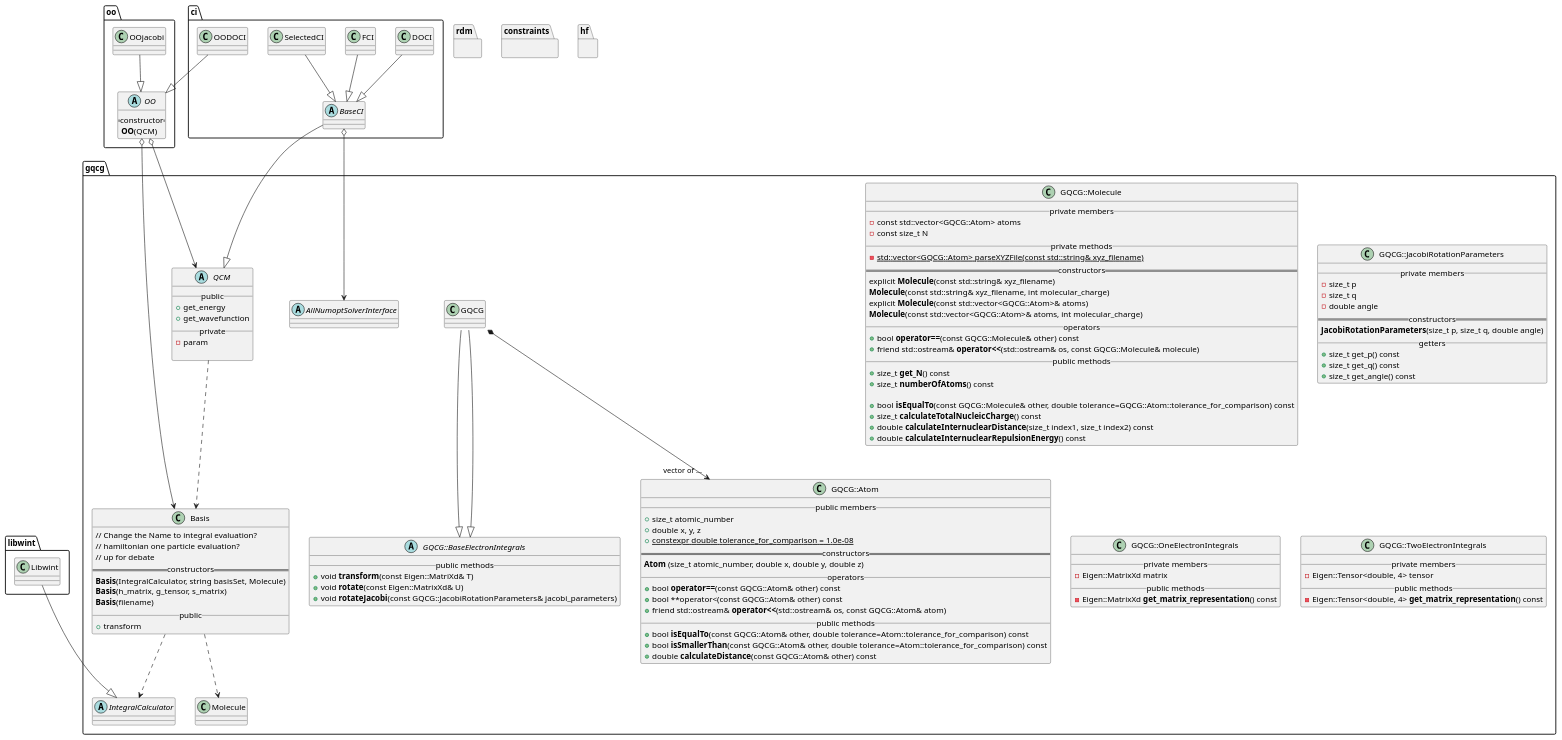
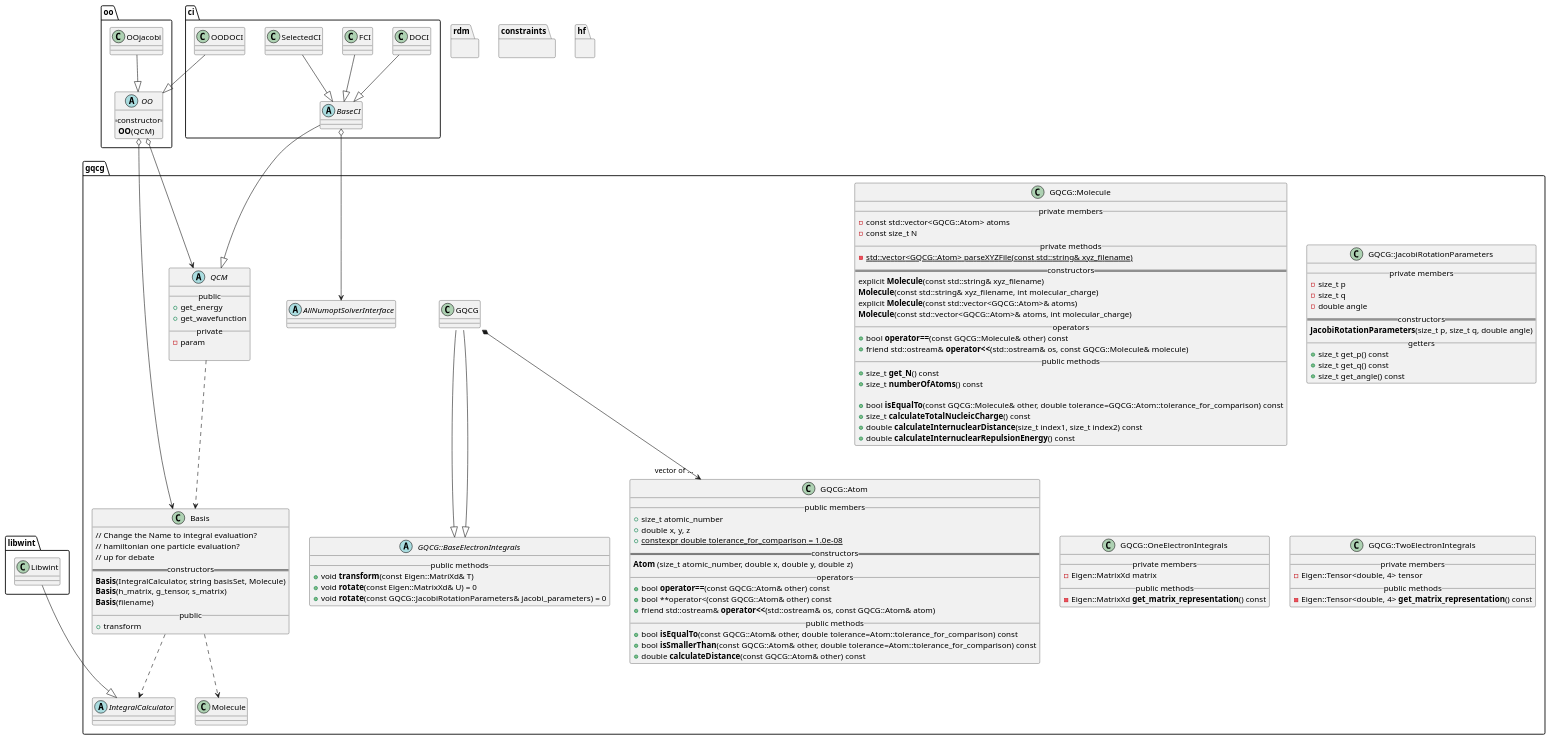
One commit to GQCG/GQCP changed the diagram in docs/gqcg.puml. Above: the diagram before and after it, drawn with PlantUML. The commit also changed 2 other files, not shown here.

```diff
--- a/docs/gqcg.puml
+++ b/docs/gqcg.puml
@@ -1,163 +1,163 @@
 @startuml
 
 namespace gqcg {
 
     class GQCG::Atom {
         __ public members __
             + size_t atomic_number
             + double x, y, z
             + {static} constexpr double tolerance_for_comparison = 1.0e-08
         == constructors ==
             **Atom** (size_t atomic_number, double x, double y, double z)
         __ operators __
             + bool **operator==**(const GQCG::Atom& other) const
             + bool **operator<(const GQCG::Atom& other) const
             + friend std::ostream& **operator<<**(std::ostream& os, const GQCG::Atom& atom)
         __ public methods __
             + bool **isEqualTo**(const GQCG::Atom& other, double tolerance=Atom::tolerance_for_comparison) const
             + bool **isSmallerThan**(const GQCG::Atom& other, double tolerance=Atom::tolerance_for_comparison) const
             + double **calculateDistance**(const GQCG::Atom& other) const
     }
 
     GQCG::Molecule *--> "vector of ..." GQCG::Atom
     class GQCG::Molecule {
         __ private members __
             - const std::vector<GQCG::Atom> atoms
             - const size_t N
         __ private methods __
             - {static} std::vector<GQCG::Atom> parseXYZFile(const std::string& xyz_filename)
         == constructors ==
             explicit **Molecule**(const std::string& xyz_filename)
             **Molecule**(const std::string& xyz_filename, int molecular_charge)
             explicit **Molecule**(const std::vector<GQCG::Atom>& atoms)
             **Molecule**(const std::vector<GQCG::Atom>& atoms, int molecular_charge)
         __ operators __
             + bool **operator==**(const GQCG::Molecule& other) const
             + friend std::ostream& **operator<<**(std::ostream& os, const GQCG::Molecule& molecule)
         __ public methods __
             + size_t **get_N**() const
             + size_t **numberOfAtoms**() const
 
             + bool **isEqualTo**(const GQCG::Molecule& other, double tolerance=GQCG::Atom::tolerance_for_comparison) const
             + size_t **calculateTotalNucleicCharge**() const
             + double **calculateInternuclearDistance**(size_t index1, size_t index2) const
             + double **calculateInternuclearRepulsionEnergy**() const
     }
 
 
     class GQCG::JacobiRotationParameters {
         __ private members __
             - size_t p
             - size_t q
             - double angle
         == constructors ==
             **JacobiRotationParameters**(size_t p, size_t q, double angle)
         __ getters __
             + size_t get_p() const
             + size_t get_q() const
             + size_t get_angle() const
     }
 
     abstract class GQCG::BaseElectronIntegrals {
         __ public methods __
             + void **transform**(const Eigen::MatriXd& T)
-            + void **rotate**(const Eigen::MatrixXd& U)
-            + void **rotateJacobi**(const GQCG::JacobiRotationParameters& jacobi_parameters)
+            + void **rotate**(const Eigen::MatrixXd& U) = 0
+            + void **rotate**(const GQCG::JacobiRotationParameters& jacobi_parameters) = 0
     }
 
     GQCG::OneElectronIntegrals --|> GQCG::BaseElectronIntegrals
     class GQCG::OneElectronIntegrals {
         __ private members __
             - Eigen::MatrixXd matrix
         __ public methods __
             - Eigen::MatrixXd **get_matrix_representation**() const
     }
 
     GQCG::TwoElectronIntegrals --|> GQCG::BaseElectronIntegrals
     class GQCG::TwoElectronIntegrals {
         __ private members __
             - Eigen::Tensor<double, 4> tensor
         __ public methods __
             - Eigen::Tensor<double, 4> **get_matrix_representation**() const
     }
 
 
     abstract class IntegralCalculator
     class Basis {
         // Change the Name to integral evaluation?
         // hamiltonian one particle evaluation?
         // up for debate
         == constructors ==
            **Basis**(IntegralCalculator, string basisSet, Molecule)
            **Basis**(h_matrix, g_tensor, s_matrix)
            **Basis**(filename)
         __public__
            +transform
    }
 
     abstract class QCM {
         __public__
         +get_energy
         +get_wavefunction
         __private__
         -param
 
     }
 
     abstract AllNumoptSolverInterface
 
     gqcg.Basis ..> gqcg.IntegralCalculator
     gqcg.Basis ..> gqcg.Molecule
 
     gqcg.QCM ..> gqcg.Basis
 
 
 
 }
 
 namespace libwint {
     class Libwint
 }
 
 libwint.Libwint --|> gqcg.IntegralCalculator
 
 namespace oo {
     abstract class OO {
         ==constructor==
          **OO**(QCM)
     }
     class OOjacobi {
 
     }
 }
 
 
 oo.OO o--> gqcg.QCM
 oo.OO o--> gqcg.Basis
 oo.OOjacobi --|> oo.OO
 
 namespace ci {
     abstract class BaseCI
     class DOCI
     class FCI
     class OODOCI
     class SelectedCI
 }
 
 ci.BaseCI --|> gqcg.QCM
 ci.OODOCI --|> oo.OO
 ci.DOCI --|> ci.BaseCI
 ci.FCI --|> ci.BaseCI
 ci.SelectedCI --|> ci.BaseCI
 ci.BaseCI o--> gqcg.AllNumoptSolverInterface
 
 namespace rdm {
 }
 namespace constraints {
 }
 
 namespace hf {
 }
 
 
 @enduml
```
